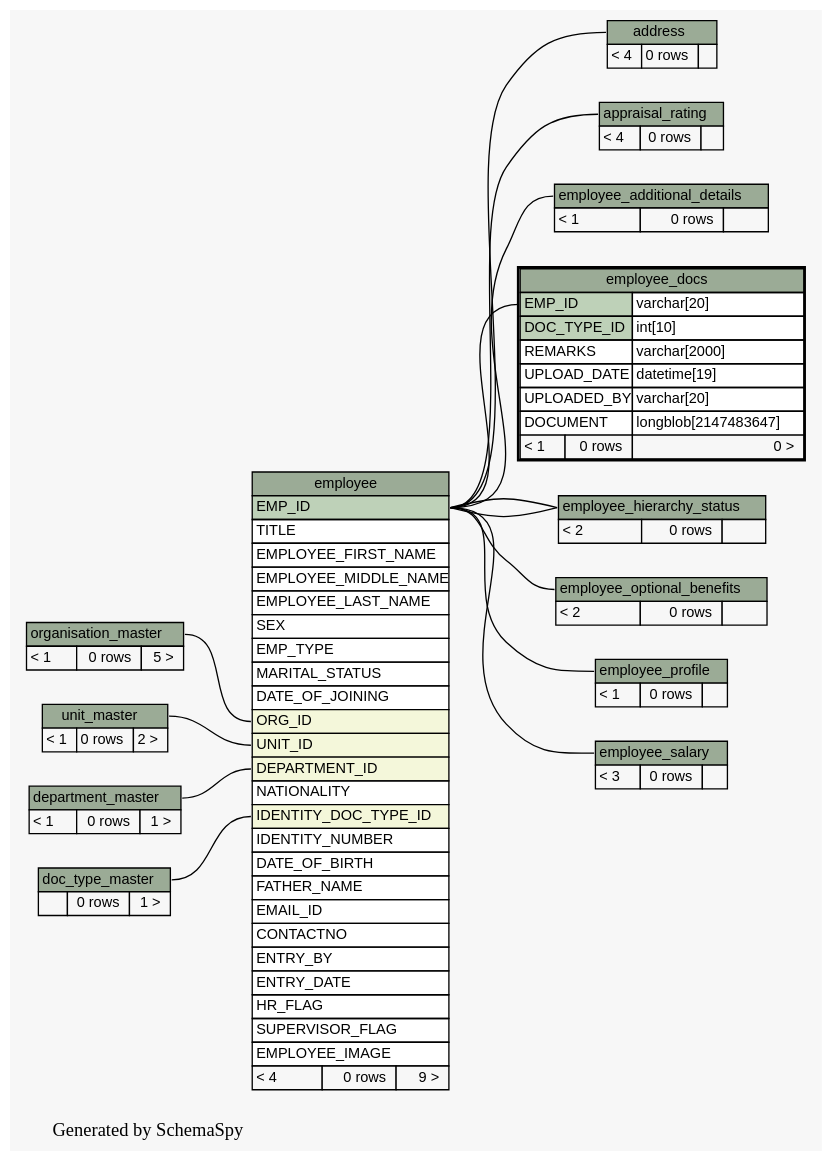
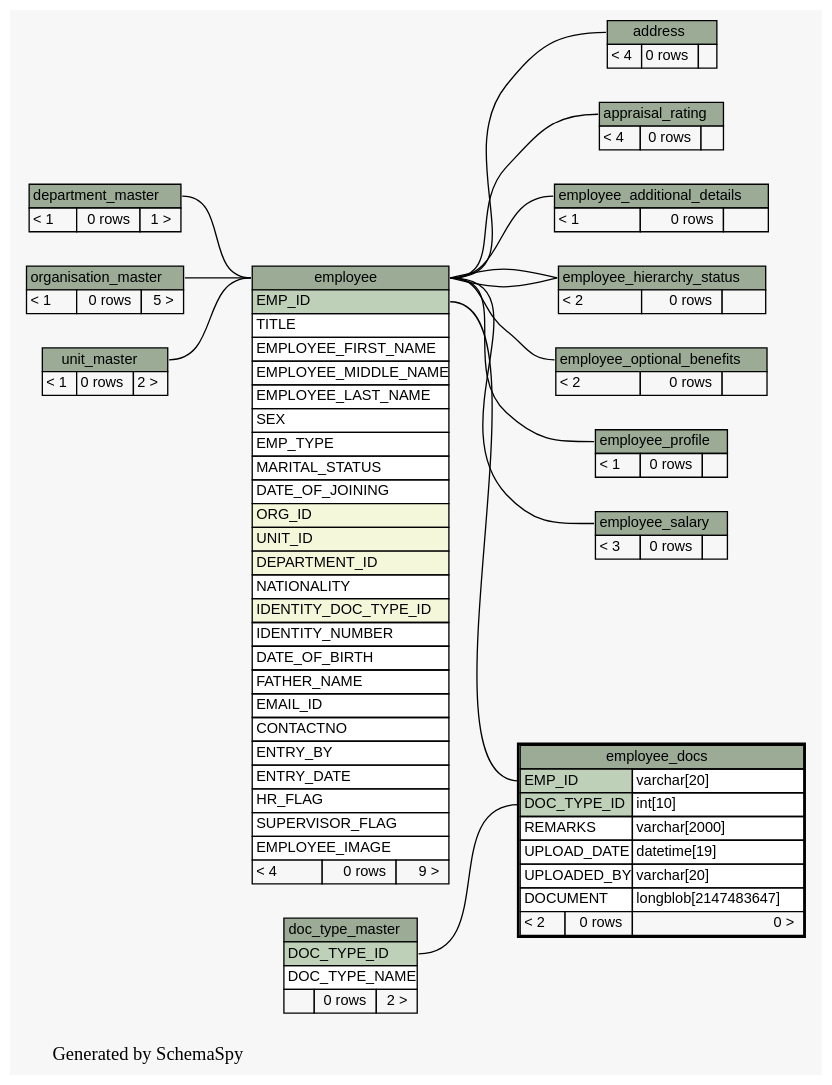
The diagram in docs/database/schemaspy/graphs/employee_docs.2degrees.dot (engineerscraft/hrms), drawn with Graphviz before and after one commit. The commit also changed 102 other files, not shown here.

Commit message:
DOC_TYPE_ID foreign key added in EMPLOYEE_DOCS and document generated

```diff
--- a/docs/database/schemaspy/graphs/employee_docs.2degrees.dot
+++ b/docs/database/schemaspy/graphs/employee_docs.2degrees.dot
@@ -1,177 +1,179 @@
 // dot 2.38.0 on Windows 7 6.1
 digraph "twoDegreesRelationshipsGraph" {
   graph [
     rankdir="RL"
     bgcolor="#f7f7f7"
     label="\nGenerated by SchemaSpy"
     labeljust="l"
   ];
   node [
     fontname="Helvetica"
     fontsize="11"
     shape="plaintext"
   ];
   edge [
     arrowsize="0.8"
   ];
-  "address":"address.heading":w -> "employee":"EMP_ID":e [arrowtail=tee arrowhead=none];
-  "appraisal_rating":"appraisal_rating.heading":w -> "employee":"EMP_ID":e [arrowtail=crowtee arrowhead=none];
-  "employee":"DEPARTMENT_ID":w -> "department_master":"department_master.heading":e [arrowtail=crowodot arrowhead=none];
-  "employee":"IDENTITY_DOC_TYPE_ID":w -> "doc_type_master":"doc_type_master.heading":e [arrowtail=crowodot arrowhead=none];
-  "employee":"ORG_ID":w -> "organisation_master":"organisation_master.heading":e [arrowtail=crowodot arrowhead=none];
-  "employee":"UNIT_ID":w -> "unit_master":"unit_master.heading":e [arrowtail=crowodot arrowhead=none];
-  "employee_additional_details":"employee_additional_details.heading":w -> "employee":"EMP_ID":e [arrowtail=tee arrowhead=none];
+  "address":"address.heading":w -> "employee":"employee.heading":e [arrowtail=tee arrowhead=none];
+  "appraisal_rating":"appraisal_rating.heading":w -> "employee":"employee.heading":e [arrowtail=crowtee arrowhead=none];
+  "employee":"employee.heading":w -> "department_master":"department_master.heading":e [arrowtail=crowodot arrowhead=none];
+  "employee":"employee.heading":w -> "organisation_master":"organisation_master.heading":e [arrowtail=crowodot arrowhead=none];
+  "employee":"employee.heading":w -> "unit_master":"unit_master.heading":e [arrowtail=crowodot arrowhead=none];
+  "employee_additional_details":"employee_additional_details.heading":w -> "employee":"employee.heading":e [arrowtail=tee arrowhead=none];
+  "employee_docs":"DOC_TYPE_ID":w -> "doc_type_master":"DOC_TYPE_ID":e [arrowtail=crowtee arrowhead=none];
   "employee_docs":"EMP_ID":w -> "employee":"EMP_ID":e [arrowtail=crowtee arrowhead=none];
-  "employee_hierarchy_status":"employee_hierarchy_status.heading":w -> "employee":"EMP_ID":e [arrowtail=tee arrowhead=none];
-  "employee_hierarchy_status":"employee_hierarchy_status.heading":w -> "employee":"EMP_ID":e [arrowtail=crowodot arrowhead=none];
-  "employee_optional_benefits":"employee_optional_benefits.heading":w -> "employee":"EMP_ID":e [arrowtail=crowodot arrowhead=none];
-  "employee_profile":"employee_profile.heading":w -> "employee":"EMP_ID":e [arrowtail=tee arrowhead=none];
-  "employee_salary":"employee_salary.heading":w -> "employee":"EMP_ID":e [arrowtail=crowtee arrowhead=none];
+  "employee_hierarchy_status":"employee_hierarchy_status.heading":w -> "employee":"employee.heading":e [arrowtail=tee arrowhead=none];
+  "employee_hierarchy_status":"employee_hierarchy_status.heading":w -> "employee":"employee.heading":e [arrowtail=crowodot arrowhead=none];
+  "employee_optional_benefits":"employee_optional_benefits.heading":w -> "employee":"employee.heading":e [arrowtail=crowodot arrowhead=none];
+  "employee_profile":"employee_profile.heading":w -> "employee":"employee.heading":e [arrowtail=tee arrowhead=none];
+  "employee_salary":"employee_salary.heading":w -> "employee":"employee.heading":e [arrowtail=crowtee arrowhead=none];
   "address" [
     label=<
     <TABLE BORDER="0" CELLBORDER="1" CELLSPACING="0" BGCOLOR="#ffffff">
       <TR><TD PORT="address.heading" COLSPAN="3" BGCOLOR="#9bab96" ALIGN="CENTER">address</TD></TR>
       <TR><TD ALIGN="LEFT" BGCOLOR="#f7f7f7">&lt; 4</TD><TD ALIGN="RIGHT" BGCOLOR="#f7f7f7">0 rows</TD><TD ALIGN="RIGHT" BGCOLOR="#f7f7f7">  </TD></TR>
     </TABLE>>
     URL="address.html#graph"
     tooltip="address"
   ];
   "appraisal_rating" [
     label=<
     <TABLE BORDER="0" CELLBORDER="1" CELLSPACING="0" BGCOLOR="#ffffff">
       <TR><TD PORT="appraisal_rating.heading" COLSPAN="3" BGCOLOR="#9bab96" ALIGN="CENTER">appraisal_rating</TD></TR>
       <TR><TD ALIGN="LEFT" BGCOLOR="#f7f7f7">&lt; 4</TD><TD ALIGN="RIGHT" BGCOLOR="#f7f7f7">0 rows</TD><TD ALIGN="RIGHT" BGCOLOR="#f7f7f7">  </TD></TR>
     </TABLE>>
     URL="appraisal_rating.html#graph"
     tooltip="appraisal_rating"
   ];
   "department_master" [
     label=<
     <TABLE BORDER="0" CELLBORDER="1" CELLSPACING="0" BGCOLOR="#ffffff">
       <TR><TD PORT="department_master.heading" COLSPAN="3" BGCOLOR="#9bab96" ALIGN="CENTER">department_master</TD></TR>
       <TR><TD ALIGN="LEFT" BGCOLOR="#f7f7f7">&lt; 1</TD><TD ALIGN="RIGHT" BGCOLOR="#f7f7f7">0 rows</TD><TD ALIGN="RIGHT" BGCOLOR="#f7f7f7">1 &gt;</TD></TR>
     </TABLE>>
     URL="department_master.html#graph"
     tooltip="department_master"
   ];
   "doc_type_master" [
     label=<
     <TABLE BORDER="0" CELLBORDER="1" CELLSPACING="0" BGCOLOR="#ffffff">
       <TR><TD PORT="doc_type_master.heading" COLSPAN="3" BGCOLOR="#9bab96" ALIGN="CENTER">doc_type_master</TD></TR>
-      <TR><TD ALIGN="LEFT" BGCOLOR="#f7f7f7">  </TD><TD ALIGN="RIGHT" BGCOLOR="#f7f7f7">0 rows</TD><TD ALIGN="RIGHT" BGCOLOR="#f7f7f7">1 &gt;</TD></TR>
+      <TR><TD PORT="DOC_TYPE_ID" COLSPAN="3" BGCOLOR="#bed1b8" ALIGN="LEFT">DOC_TYPE_ID</TD></TR>
+      <TR><TD PORT="DOC_TYPE_NAME" COLSPAN="3" ALIGN="LEFT">DOC_TYPE_NAME</TD></TR>
+      <TR><TD ALIGN="LEFT" BGCOLOR="#f7f7f7">  </TD><TD ALIGN="RIGHT" BGCOLOR="#f7f7f7">0 rows</TD><TD ALIGN="RIGHT" BGCOLOR="#f7f7f7">2 &gt;</TD></TR>
     </TABLE>>
     URL="doc_type_master.html#graph"
     tooltip="doc_type_master"
   ];
   "employee" [
     label=<
     <TABLE BORDER="0" CELLBORDER="1" CELLSPACING="0" BGCOLOR="#ffffff">
       <TR><TD PORT="employee.heading" COLSPAN="3" BGCOLOR="#9bab96" ALIGN="CENTER">employee</TD></TR>
       <TR><TD PORT="EMP_ID" COLSPAN="3" BGCOLOR="#bed1b8" ALIGN="LEFT">EMP_ID</TD></TR>
       <TR><TD PORT="TITLE" COLSPAN="3" ALIGN="LEFT">TITLE</TD></TR>
       <TR><TD PORT="EMPLOYEE_FIRST_NAME" COLSPAN="3" ALIGN="LEFT">EMPLOYEE_FIRST_NAME</TD></TR>
       <TR><TD PORT="EMPLOYEE_MIDDLE_NAME" COLSPAN="3" ALIGN="LEFT">EMPLOYEE_MIDDLE_NAME</TD></TR>
       <TR><TD PORT="EMPLOYEE_LAST_NAME" COLSPAN="3" ALIGN="LEFT">EMPLOYEE_LAST_NAME</TD></TR>
       <TR><TD PORT="SEX" COLSPAN="3" ALIGN="LEFT">SEX</TD></TR>
       <TR><TD PORT="EMP_TYPE" COLSPAN="3" ALIGN="LEFT">EMP_TYPE</TD></TR>
       <TR><TD PORT="MARITAL_STATUS" COLSPAN="3" ALIGN="LEFT">MARITAL_STATUS</TD></TR>
       <TR><TD PORT="DATE_OF_JOINING" COLSPAN="3" ALIGN="LEFT">DATE_OF_JOINING</TD></TR>
       <TR><TD PORT="ORG_ID" COLSPAN="3" BGCOLOR="#f4f7da" ALIGN="LEFT">ORG_ID</TD></TR>
       <TR><TD PORT="UNIT_ID" COLSPAN="3" BGCOLOR="#f4f7da" ALIGN="LEFT">UNIT_ID</TD></TR>
       <TR><TD PORT="DEPARTMENT_ID" COLSPAN="3" BGCOLOR="#f4f7da" ALIGN="LEFT">DEPARTMENT_ID</TD></TR>
       <TR><TD PORT="NATIONALITY" COLSPAN="3" ALIGN="LEFT">NATIONALITY</TD></TR>
       <TR><TD PORT="IDENTITY_DOC_TYPE_ID" COLSPAN="3" BGCOLOR="#f4f7da" ALIGN="LEFT">IDENTITY_DOC_TYPE_ID</TD></TR>
       <TR><TD PORT="IDENTITY_NUMBER" COLSPAN="3" ALIGN="LEFT">IDENTITY_NUMBER</TD></TR>
       <TR><TD PORT="DATE_OF_BIRTH" COLSPAN="3" ALIGN="LEFT">DATE_OF_BIRTH</TD></TR>
       <TR><TD PORT="FATHER_NAME" COLSPAN="3" ALIGN="LEFT">FATHER_NAME</TD></TR>
       <TR><TD PORT="EMAIL_ID" COLSPAN="3" ALIGN="LEFT">EMAIL_ID</TD></TR>
       <TR><TD PORT="CONTACTNO" COLSPAN="3" ALIGN="LEFT">CONTACTNO</TD></TR>
       <TR><TD PORT="ENTRY_BY" COLSPAN="3" ALIGN="LEFT">ENTRY_BY</TD></TR>
       <TR><TD PORT="ENTRY_DATE" COLSPAN="3" ALIGN="LEFT">ENTRY_DATE</TD></TR>
       <TR><TD PORT="HR_FLAG" COLSPAN="3" ALIGN="LEFT">HR_FLAG</TD></TR>
       <TR><TD PORT="SUPERVISOR_FLAG" COLSPAN="3" ALIGN="LEFT">SUPERVISOR_FLAG</TD></TR>
       <TR><TD PORT="EMPLOYEE_IMAGE" COLSPAN="3" ALIGN="LEFT">EMPLOYEE_IMAGE</TD></TR>
       <TR><TD ALIGN="LEFT" BGCOLOR="#f7f7f7">&lt; 4</TD><TD ALIGN="RIGHT" BGCOLOR="#f7f7f7">0 rows</TD><TD ALIGN="RIGHT" BGCOLOR="#f7f7f7">9 &gt;</TD></TR>
     </TABLE>>
     URL="employee.html#graph"
     tooltip="employee"
   ];
   "employee_additional_details" [
     label=<
     <TABLE BORDER="0" CELLBORDER="1" CELLSPACING="0" BGCOLOR="#ffffff">
       <TR><TD PORT="employee_additional_details.heading" COLSPAN="3" BGCOLOR="#9bab96" ALIGN="CENTER">employee_additional_details</TD></TR>
       <TR><TD ALIGN="LEFT" BGCOLOR="#f7f7f7">&lt; 1</TD><TD ALIGN="RIGHT" BGCOLOR="#f7f7f7">0 rows</TD><TD ALIGN="RIGHT" BGCOLOR="#f7f7f7">  </TD></TR>
     </TABLE>>
     URL="employee_additional_details.html#graph"
     tooltip="employee_additional_details"
   ];
   "employee_docs" [
     label=<
     <TABLE BORDER="2" CELLBORDER="1" CELLSPACING="0" BGCOLOR="#ffffff">
       <TR><TD PORT="employee_docs.heading" COLSPAN="3" BGCOLOR="#9bab96" ALIGN="CENTER">employee_docs</TD></TR>
       <TR><TD PORT="EMP_ID" COLSPAN="2" BGCOLOR="#bed1b8" ALIGN="LEFT">EMP_ID</TD><TD PORT="EMP_ID.type" ALIGN="LEFT">varchar[20]</TD></TR>
       <TR><TD PORT="DOC_TYPE_ID" COLSPAN="2" BGCOLOR="#bed1b8" ALIGN="LEFT">DOC_TYPE_ID</TD><TD PORT="DOC_TYPE_ID.type" ALIGN="LEFT">int[10]</TD></TR>
       <TR><TD PORT="REMARKS" COLSPAN="2" ALIGN="LEFT">REMARKS</TD><TD PORT="REMARKS.type" ALIGN="LEFT">varchar[2000]</TD></TR>
       <TR><TD PORT="UPLOAD_DATE" COLSPAN="2" ALIGN="LEFT">UPLOAD_DATE</TD><TD PORT="UPLOAD_DATE.type" ALIGN="LEFT">datetime[19]</TD></TR>
       <TR><TD PORT="UPLOADED_BY" COLSPAN="2" ALIGN="LEFT">UPLOADED_BY</TD><TD PORT="UPLOADED_BY.type" ALIGN="LEFT">varchar[20]</TD></TR>
       <TR><TD PORT="DOCUMENT" COLSPAN="2" ALIGN="LEFT">DOCUMENT</TD><TD PORT="DOCUMENT.type" ALIGN="LEFT">longblob[2147483647]</TD></TR>
-      <TR><TD ALIGN="LEFT" BGCOLOR="#f7f7f7">&lt; 1</TD><TD ALIGN="RIGHT" BGCOLOR="#f7f7f7">0 rows</TD><TD ALIGN="RIGHT" BGCOLOR="#f7f7f7">0 &gt;</TD></TR>
+      <TR><TD ALIGN="LEFT" BGCOLOR="#f7f7f7">&lt; 2</TD><TD ALIGN="RIGHT" BGCOLOR="#f7f7f7">0 rows</TD><TD ALIGN="RIGHT" BGCOLOR="#f7f7f7">0 &gt;</TD></TR>
     </TABLE>>
     URL="employee_docs.html#"
     tooltip="employee_docs"
   ];
   "employee_hierarchy_status" [
     label=<
     <TABLE BORDER="0" CELLBORDER="1" CELLSPACING="0" BGCOLOR="#ffffff">
       <TR><TD PORT="employee_hierarchy_status.heading" COLSPAN="3" BGCOLOR="#9bab96" ALIGN="CENTER">employee_hierarchy_status</TD></TR>
       <TR><TD ALIGN="LEFT" BGCOLOR="#f7f7f7">&lt; 2</TD><TD ALIGN="RIGHT" BGCOLOR="#f7f7f7">0 rows</TD><TD ALIGN="RIGHT" BGCOLOR="#f7f7f7">  </TD></TR>
     </TABLE>>
     URL="employee_hierarchy_status.html#graph"
     tooltip="employee_hierarchy_status"
   ];
   "employee_optional_benefits" [
     label=<
     <TABLE BORDER="0" CELLBORDER="1" CELLSPACING="0" BGCOLOR="#ffffff">
       <TR><TD PORT="employee_optional_benefits.heading" COLSPAN="3" BGCOLOR="#9bab96" ALIGN="CENTER">employee_optional_benefits</TD></TR>
       <TR><TD ALIGN="LEFT" BGCOLOR="#f7f7f7">&lt; 2</TD><TD ALIGN="RIGHT" BGCOLOR="#f7f7f7">0 rows</TD><TD ALIGN="RIGHT" BGCOLOR="#f7f7f7">  </TD></TR>
     </TABLE>>
     URL="employee_optional_benefits.html#graph"
     tooltip="employee_optional_benefits"
   ];
   "employee_profile" [
     label=<
     <TABLE BORDER="0" CELLBORDER="1" CELLSPACING="0" BGCOLOR="#ffffff">
       <TR><TD PORT="employee_profile.heading" COLSPAN="3" BGCOLOR="#9bab96" ALIGN="CENTER">employee_profile</TD></TR>
       <TR><TD ALIGN="LEFT" BGCOLOR="#f7f7f7">&lt; 1</TD><TD ALIGN="RIGHT" BGCOLOR="#f7f7f7">0 rows</TD><TD ALIGN="RIGHT" BGCOLOR="#f7f7f7">  </TD></TR>
     </TABLE>>
     URL="employee_profile.html#graph"
     tooltip="employee_profile"
   ];
   "employee_salary" [
     label=<
     <TABLE BORDER="0" CELLBORDER="1" CELLSPACING="0" BGCOLOR="#ffffff">
       <TR><TD PORT="employee_salary.heading" COLSPAN="3" BGCOLOR="#9bab96" ALIGN="CENTER">employee_salary</TD></TR>
       <TR><TD ALIGN="LEFT" BGCOLOR="#f7f7f7">&lt; 3</TD><TD ALIGN="RIGHT" BGCOLOR="#f7f7f7">0 rows</TD><TD ALIGN="RIGHT" BGCOLOR="#f7f7f7">  </TD></TR>
     </TABLE>>
     URL="employee_salary.html#graph"
     tooltip="employee_salary"
   ];
   "organisation_master" [
     label=<
     <TABLE BORDER="0" CELLBORDER="1" CELLSPACING="0" BGCOLOR="#ffffff">
       <TR><TD PORT="organisation_master.heading" COLSPAN="3" BGCOLOR="#9bab96" ALIGN="CENTER">organisation_master</TD></TR>
       <TR><TD ALIGN="LEFT" BGCOLOR="#f7f7f7">&lt; 1</TD><TD ALIGN="RIGHT" BGCOLOR="#f7f7f7">0 rows</TD><TD ALIGN="RIGHT" BGCOLOR="#f7f7f7">5 &gt;</TD></TR>
     </TABLE>>
     URL="organisation_master.html#graph"
     tooltip="organisation_master"
   ];
   "unit_master" [
     label=<
     <TABLE BORDER="0" CELLBORDER="1" CELLSPACING="0" BGCOLOR="#ffffff">
       <TR><TD PORT="unit_master.heading" COLSPAN="3" BGCOLOR="#9bab96" ALIGN="CENTER">unit_master</TD></TR>
       <TR><TD ALIGN="LEFT" BGCOLOR="#f7f7f7">&lt; 1</TD><TD ALIGN="RIGHT" BGCOLOR="#f7f7f7">0 rows</TD><TD ALIGN="RIGHT" BGCOLOR="#f7f7f7">2 &gt;</TD></TR>
     </TABLE>>
     URL="unit_master.html#graph"
     tooltip="unit_master"
   ];
 }
```
